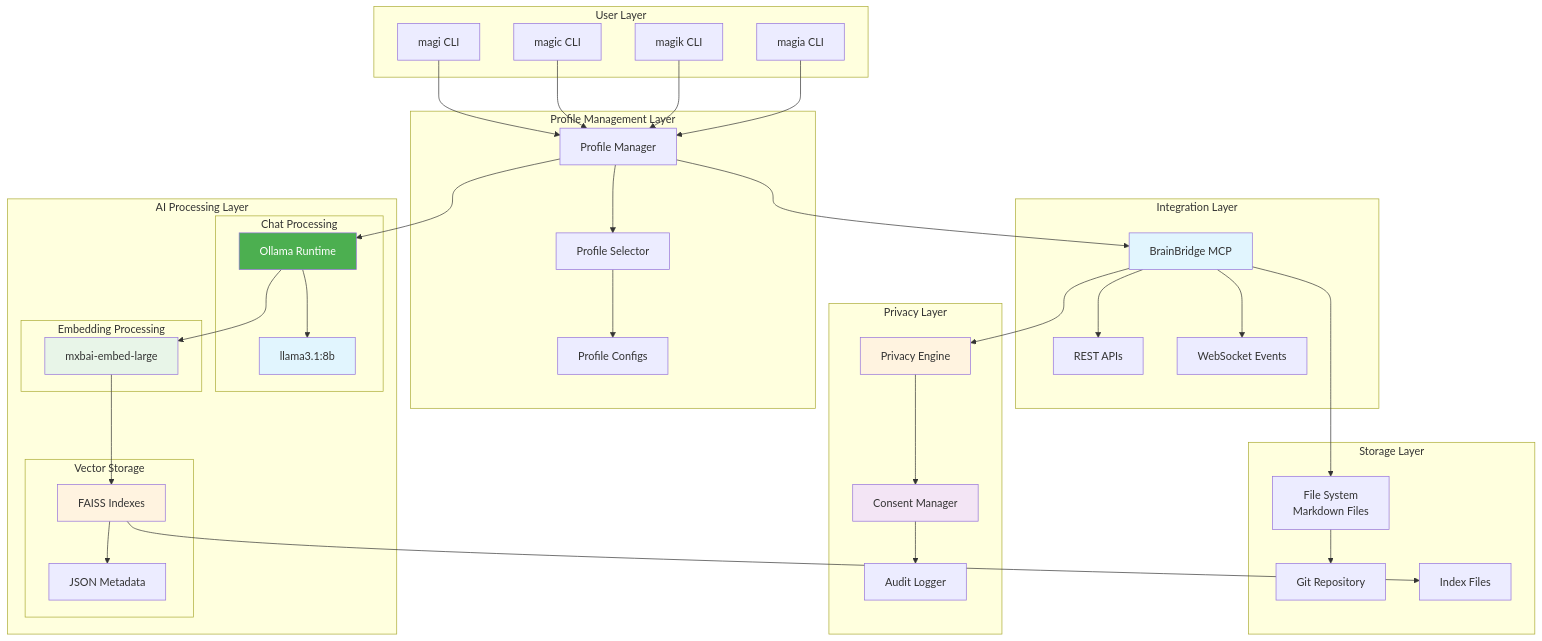
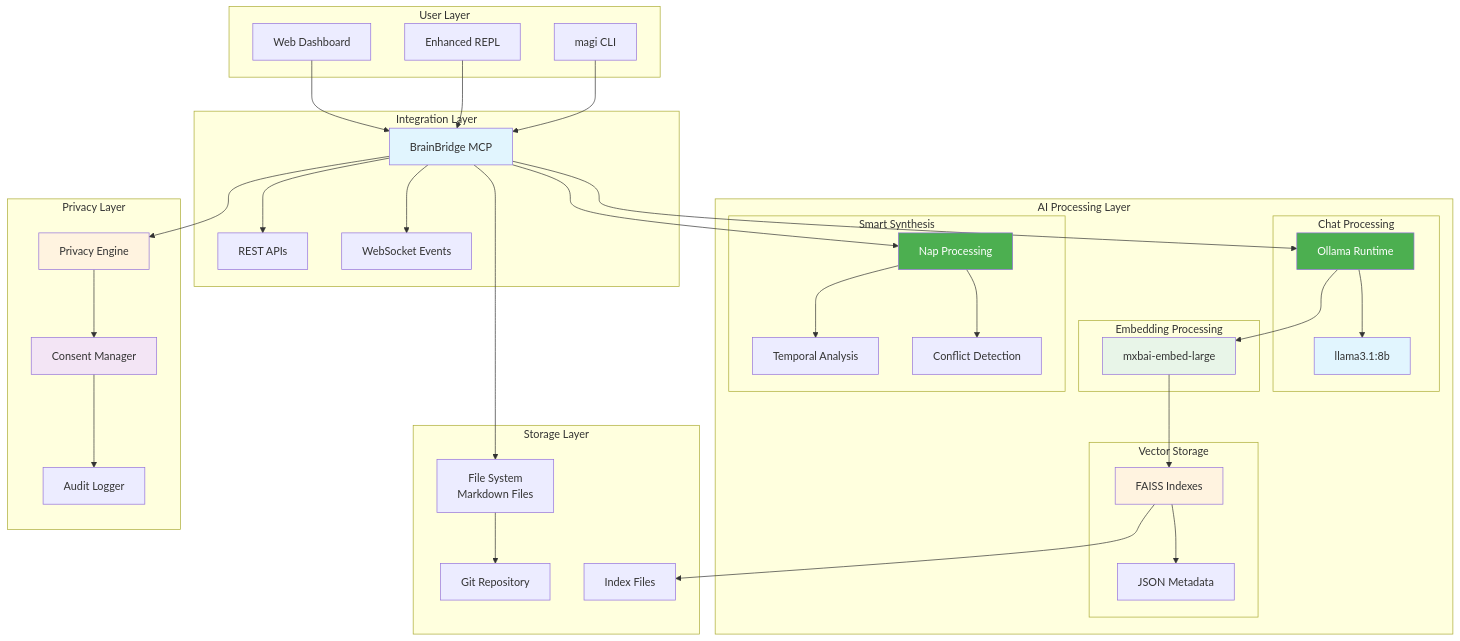
The seventh of 9 diagrams in docs/architecture/ARCHITECTURE_SUMMARY.md (dossant-llc/magi), drawn with Mermaid before and after one commit. The commit also changed other lines of this file and 7 other files, not shown here.

First line of the commit message:
docs: Update architecture documentation and project metadata

````diff
--- a/docs/architecture/ARCHITECTURE_SUMMARY.md
+++ b/docs/architecture/ARCHITECTURE_SUMMARY.md
@@ -399,82 +291,81 @@
 ```mermaid
 graph TB
     subgraph "User Layer"
-        CLI1[magi CLI]
-        CLI2[magic CLI]
-        CLI3[magik CLI]
-        CLI4[magia CLI]
+        CLI[magi CLI]
+        REPL[Enhanced REPL]
+        WEB[Web Dashboard]
     end
-    
-    subgraph "Profile Management Layer"
-        PM[Profile Manager]
-        PS[Profile Selector]
-        PC[Profile Configs]
-    end
-    
+
     subgraph "AI Processing Layer"
         subgraph "Chat Processing"
             OLLAMA[Ollama Runtime]
             LLAMA[llama3.1:8b]
         end
-        
+
         subgraph "Embedding Processing"
             MXBAI[mxbai-embed-large]
         end
-        
+
+        subgraph "Smart Synthesis"
+            SYNTHESIS[Nap Processing]
+            TEMPORAL[Temporal Analysis]
+            CONFLICT[Conflict Detection]
+        end
+
         subgraph "Vector Storage"
             FAISS[FAISS Indexes]
             JSON[JSON Metadata]
         end
     end
-    
+
     subgraph "Integration Layer"
         MCP[BrainBridge MCP]
         API[REST APIs]
         WS[WebSocket Events]
     end
-    
+
     subgraph "Storage Layer"
         FS[File System<br/>Markdown Files]
         GIT[Git Repository]
         IDX[Index Files]
     end
-    
+
     subgraph "Privacy Layer"
         PE[Privacy Engine]
         CM[Consent Manager]
         AL[Audit Logger]
     end
-    
-    CLI1 --> PM
-    CLI2 --> PM
-    CLI3 --> PM
-    CLI4 --> PM
-    
-    PM --> PS
-    PS --> PC
-    
-    PM --> OLLAMA
+
+    CLI --> MCP
+    REPL --> MCP
+    WEB --> MCP
+
+    MCP --> OLLAMA
     OLLAMA --> LLAMA
     OLLAMA --> MXBAI
-    
+
+    MCP --> SYNTHESIS
+    SYNTHESIS --> TEMPORAL
+    SYNTHESIS --> CONFLICT
+
     MXBAI --> FAISS
     FAISS --> JSON
-    
-    PM --> MCP
+
     MCP --> API
     MCP --> WS
-    
+
     MCP --> PE
     PE --> CM
     CM --> AL
-    
+
     MCP --> FS
     FS --> GIT
     FAISS --> IDX
-    
+
     style OLLAMA fill:#4caf50,color:#fff
     style LLAMA fill:#e1f5fe
     style MXBAI fill:#e8f5e8
+    style SYNTHESIS fill:#4caf50,color:#fff
     style FAISS fill:#fff3e0
     style MCP fill:#e1f5fe
     style PE fill:#fff3e0
````
